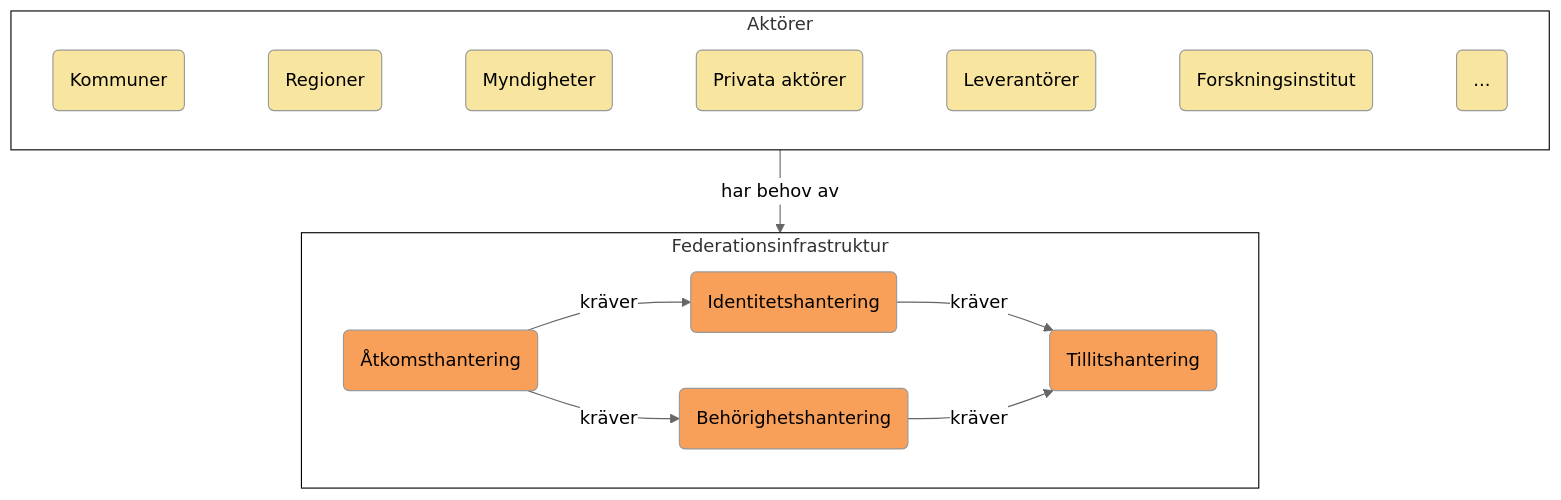
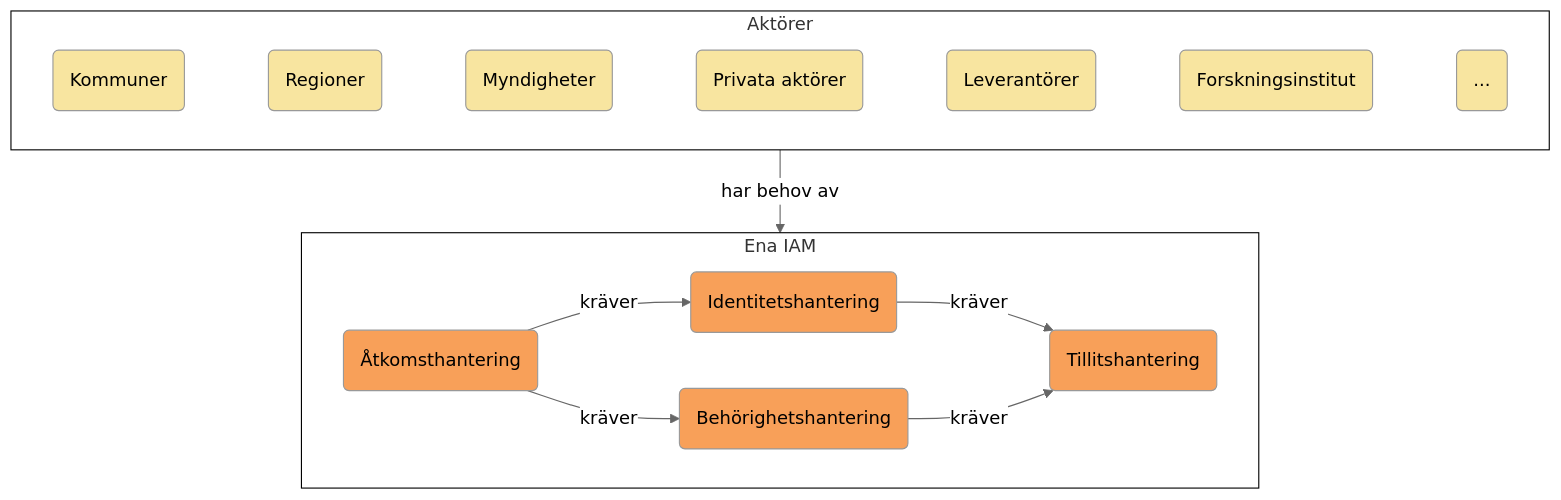
Before and after one commit to diggsweden/ena-authorization: the first of 10 diagrams in architecture/drafts/IAM_TargetArchitecture_Sweden.md, drawn with Mermaid (neutral theme). The commit also changed other lines of this file, not shown here.

````diff
--- a/architecture/drafts/IAM_TargetArchitecture_Sweden.md
+++ b/architecture/drafts/IAM_TargetArchitecture_Sweden.md
@@ -49,30 +47,30 @@
 ```mermaid
 flowchart TD
 
 classDef org fill:#F8E5A0
 classDef area fill:#F8a059
 classDef box fill:#ffffff,stroke:#000000
 
 subgraph actors[Aktörer]
 direction LR     
  k(Kommuner):::org~~~
  r(Regioner):::org~~~
  m(Myndigheter):::org~~~
  p(Privata aktörer):::org~~~
  l(Leverantörer):::org~~~
  f(Forskningsinstitut):::org~~~
  o(...):::org
 end
 actors:::box
 
-subgraph iam[Federationsinfrastruktur]
+subgraph iam[Ena IAM]
  Å(Åtkomsthantering):::area
  I(Identitetshantering):::area
  B(Behörighetshantering):::area
  T(Tillitshantering):::area
 end
 iam:::box
 
 actors--har behov av-->iam
 Å--kräver-->I & B--kräver-->T
 ```
````
